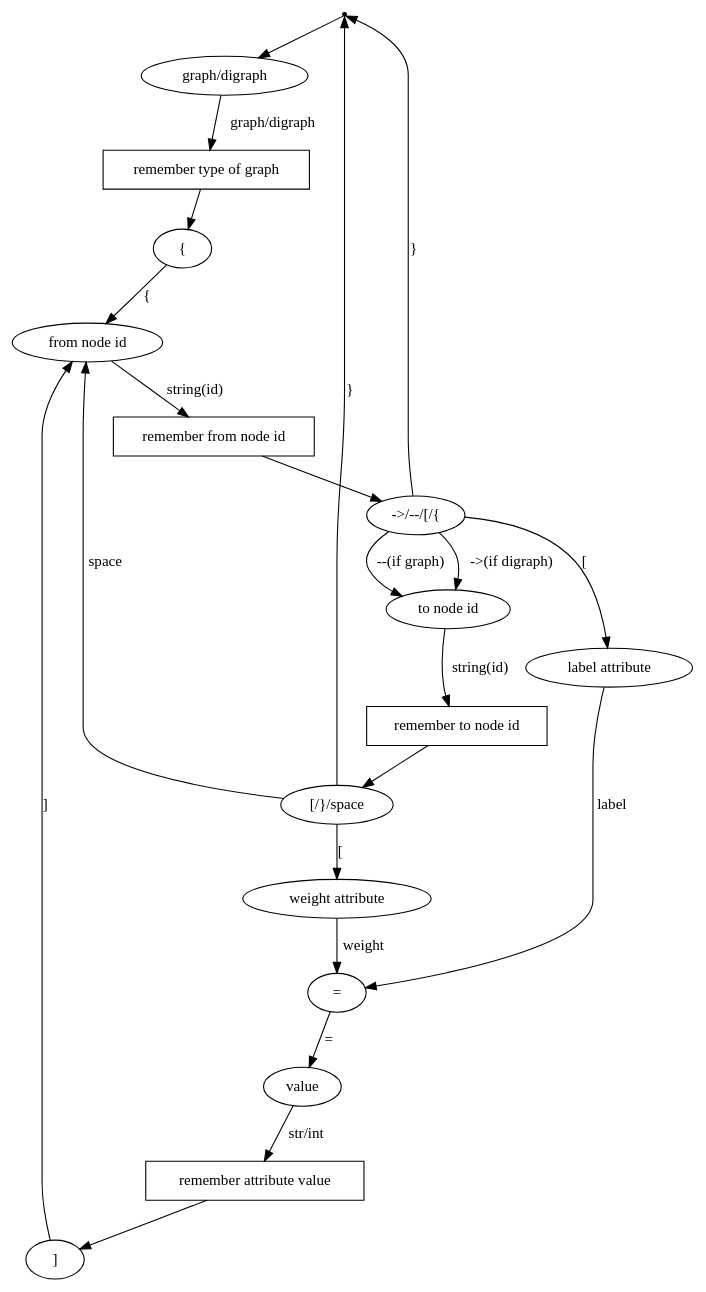
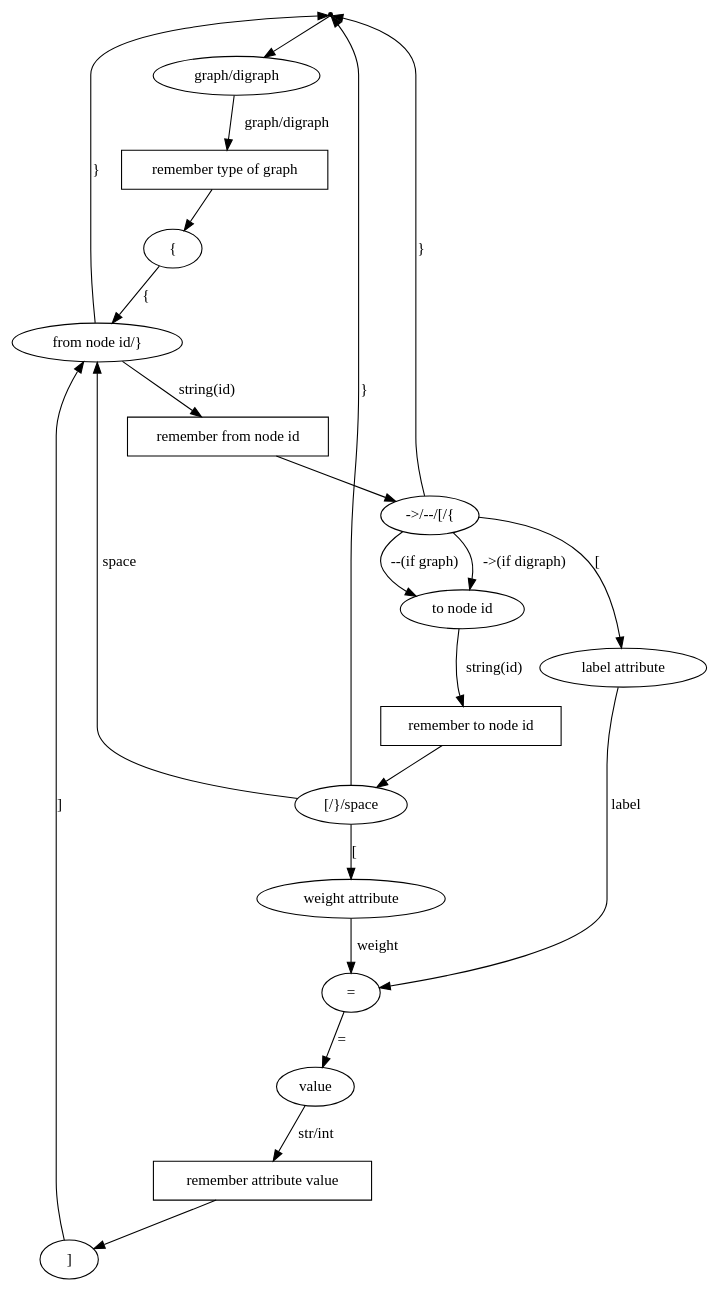
The diagram in data/proposal/lexemes.gv (AshFungor/graph-serializer), drawn with Graphviz before and after one commit. The commit also changed 1 other file, not shown here.

Commit message:
add close curly bracket to from node id

```diff
--- a/data/proposal/lexemes.gv
+++ b/data/proposal/lexemes.gv
@@ -1,54 +1,55 @@
 digraph {
 	entrypoint [shape = "point"]
 	graph_start [shape = "ellipse" label = "graph/digraph"]
 	entrypoint -> graph_start 
 
 	remember_graph_type [shape = "box" label = "remember type of graph"]
 	graph_start -> remember_graph_type [label="graph/digraph"]
 
 	open_curly_bracket [shape = "ellipse" label = "{"]
 	remember_graph_type -> open_curly_bracket
 
-	from_node_id [shape = "ellipse" label = "from node id"]
-	open_curly_bracket -> from_node_id [label="{"]
+	from_node_id_or_close_curly_bracket [shape = "ellipse" label = "from node id/}"]
+	from_node_id_or_close_curly_bracket -> entrypoint [label = "}"]
+	open_curly_bracket -> from_node_id_or_close_curly_bracket [label="{"]
 
 	remember_from_node_id [shape="box" label="remember from node id"]
-	from_node_id -> remember_from_node_id [label="string(id)"]
+	from_node_id_or_close_curly_bracket -> remember_from_node_id [label="string(id)"]
 	remember_from_node_id -> after_from_node_id
 
 	after_from_node_id [shape = "ellipse" label = "->/--/[/{"]
 	to_node_id [shape = "ellipse" label = "to node id"]
 	after_from_node_id -> to_node_id [label="->(if digraph)"]
 	after_from_node_id -> to_node_id [label="--(if graph)"]
 	after_from_node_id -> entrypoint [label = "}"]
 
 	label_attr [shape = "ellipse" label = "label attribute"]
 	after_from_node_id -> label_attr [label="["] 
 
 	equal [shape = "ellipse" label = "="]
 	label_attr -> equal [label="label"]
 
 	remember_to_node_id [shape="box" label="remember to node id"]
 	to_node_id -> remember_to_node_id [label="string(id)"]
 
 	after_to_node_id [label="[/}/space"]
 	remember_to_node_id -> after_to_node_id
 
 	after_to_node_id -> entrypoint [label = "}"]
-	after_to_node_id -> from_node_id [label = "space"]
+	after_to_node_id -> from_node_id_or_close_curly_bracket [label = "space"]
 
 	weight_attr [shape = "ellipse" label = "weight attribute"]
 	after_to_node_id -> weight_attr [label="["] 
 
 	weight_attr -> equal [label="weight"]
 
 	attr_value [shape = "ellipse" label = "value"]
 	equal -> attr_value [label="="]
 
 	remember_attr_value [shape="box" label="remember attribute value"]
 	attr_value -> remember_attr_value [label="str/int"] 
 
 	close_square_bracket [label = "]"]
 	remember_attr_value -> close_square_bracket
-	close_square_bracket -> from_node_id [label="]"]
+	close_square_bracket -> from_node_id_or_close_curly_bracket [label="]"]
 }
```
